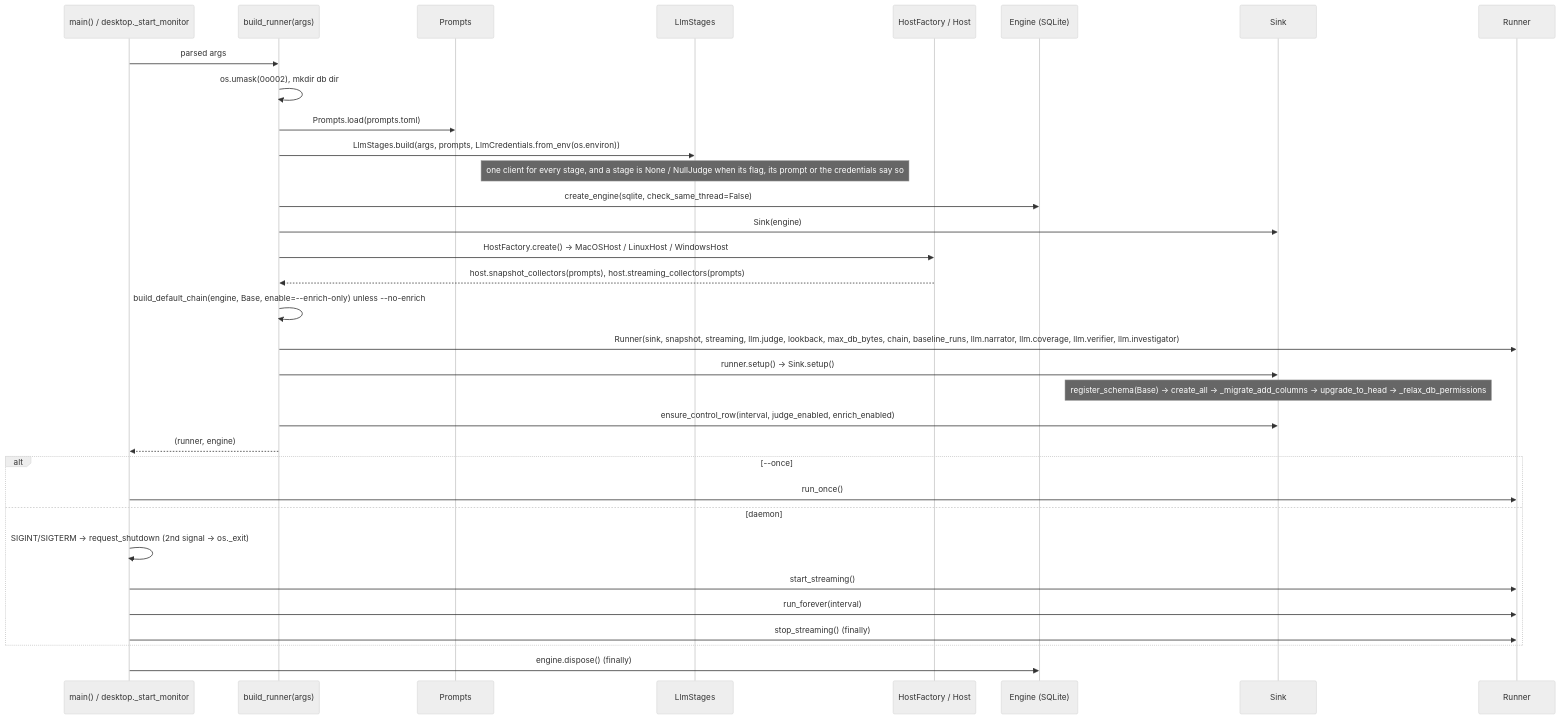
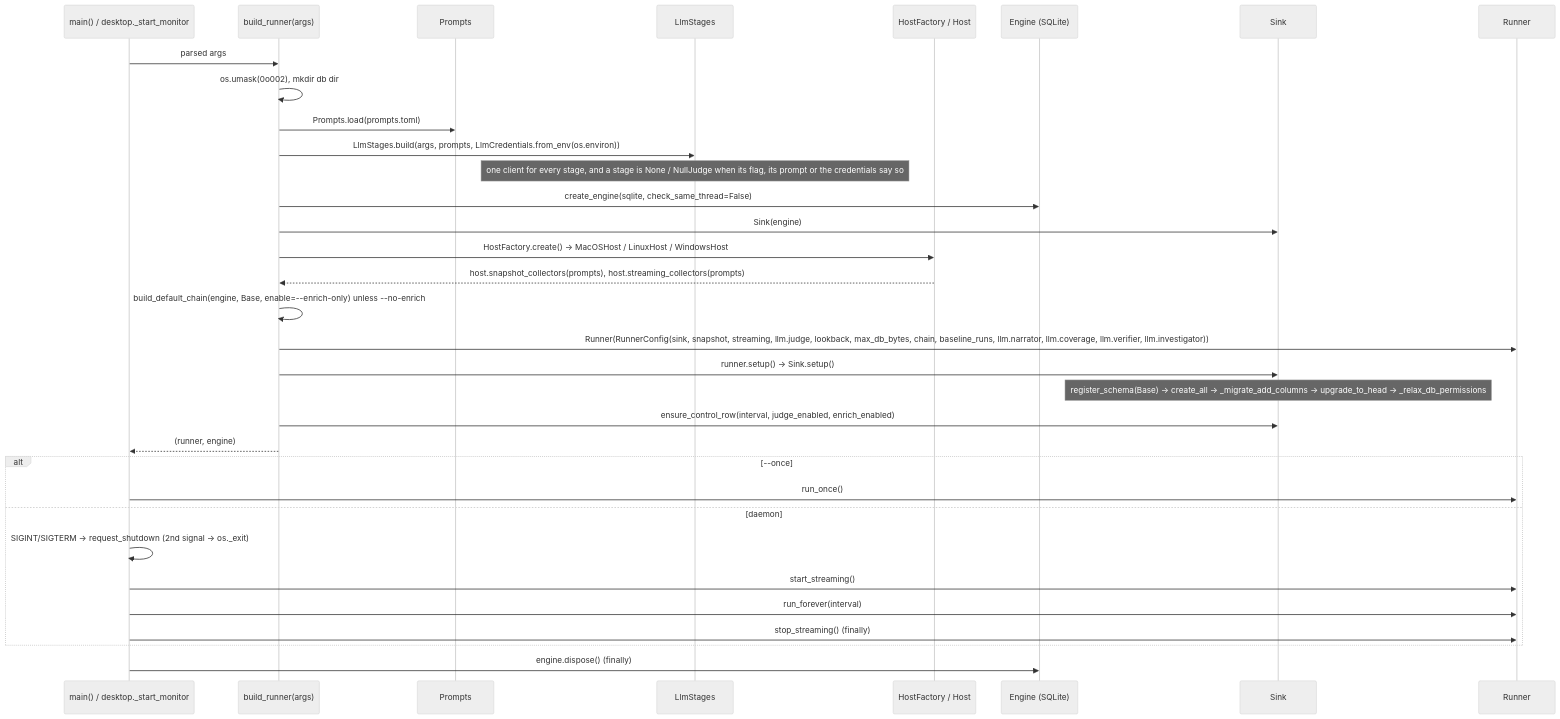
The fourth of 23 diagrams in docs/ARCHITECTURE.md (iklobato/avai), drawn with Mermaid (neutral theme) before and after one commit. The commit also changed other lines of this file and 1 other file, not shown here.

First line of the commit message:
docs: document the runner split and record phase 4

````diff
--- a/docs/ARCHITECTURE.md
+++ b/docs/ARCHITECTURE.md
@@ -268,36 +275,36 @@
 ```mermaid
 sequenceDiagram
     participant M as main() / desktop._start_monitor
     participant B as build_runner(args)
     participant P as Prompts
     participant L as LlmStages
     participant H as HostFactory / Host
     participant E as Engine (SQLite)
     participant S as Sink
     participant R as Runner
 
     M->>B: parsed args
     B->>B: os.umask(0o002), mkdir db dir
     B->>P: Prompts.load(prompts.toml)
     B->>L: LlmStages.build(args, prompts, LlmCredentials.from_env(os.environ))
     Note over L: one client for every stage, and a stage is None / NullJudge when its flag, its prompt or the credentials say so
     B->>E: create_engine(sqlite, check_same_thread=False)
     B->>S: Sink(engine)
     B->>H: HostFactory.create() → MacOSHost / LinuxHost / WindowsHost
     H-->>B: host.snapshot_collectors(prompts), host.streaming_collectors(prompts)
     B->>B: build_default_chain(engine, Base, enable=--enrich-only) unless --no-enrich
-    B->>R: Runner(sink, snapshot, streaming, llm.judge, lookback, max_db_bytes, chain, baseline_runs, llm.narrator, llm.coverage, llm.verifier, llm.investigator)
+    B->>R: Runner(RunnerConfig(sink, snapshot, streaming, llm.judge, lookback, max_db_bytes, chain, baseline_runs, llm.narrator, llm.coverage, llm.verifier, llm.investigator))
     B->>S: runner.setup() → Sink.setup()
     Note over S: register_schema(Base) → create_all → _migrate_add_columns → upgrade_to_head → _relax_db_permissions
     B->>S: ensure_control_row(interval, judge_enabled, enrich_enabled)
     B-->>M: (runner, engine)
     alt --once
         M->>R: run_once()
     else daemon
         M->>M: SIGINT/SIGTERM → request_shutdown (2nd signal → os._exit)
         M->>R: start_streaming()
         M->>R: run_forever(interval)
         M->>R: stop_streaming() (finally)
     end
     M->>E: engine.dispose() (finally)
 ```
````
